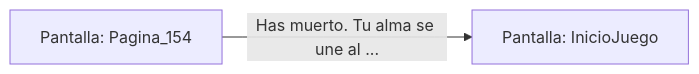
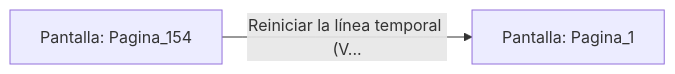
Before and after one commit to metsuke/mpl: the diagram in sample/eligejuego-vault/Pantalla_Pagina_154.md, drawn with Mermaid. The commit also changed other lines of this file and 635 other files, not shown here.

First line of the commit message:
fix: añadir Pagina_1 como pantalla inicial en capitulo_01.mpl

````diff
--- a/sample/eligejuego-vault/Pantalla_Pagina_154.md
+++ b/sample/eligejuego-vault/Pantalla_Pagina_154.md
@@ -17,5 +17,5 @@
 ```mermaid
 graph LR
     P_Pagina_154["Pantalla: Pagina_154"]
-    P_Pagina_154 -->|"Has muerto. Tu alma se une al ..."| P_InicioJuego["Pantalla: InicioJuego"]
+    P_Pagina_154 -->|"Reiniciar la línea temporal (V..."| P_Pagina_1["Pantalla: Pagina_1"]
 ```
````
